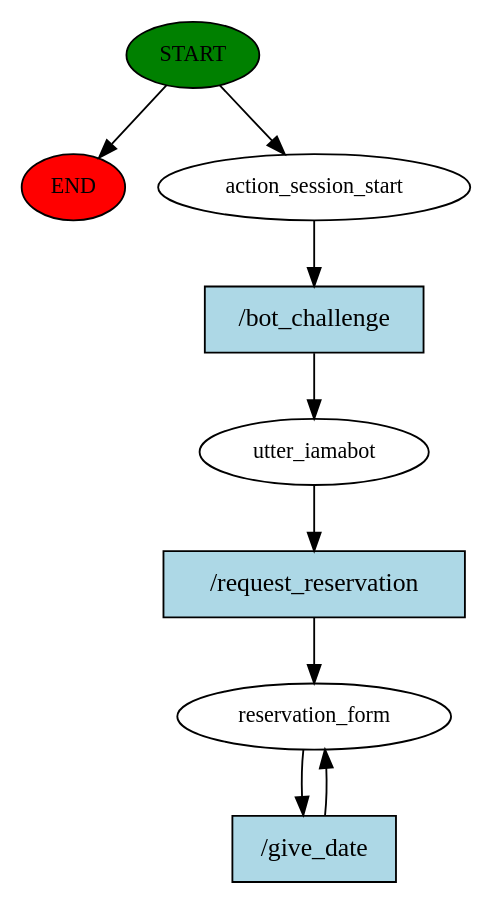
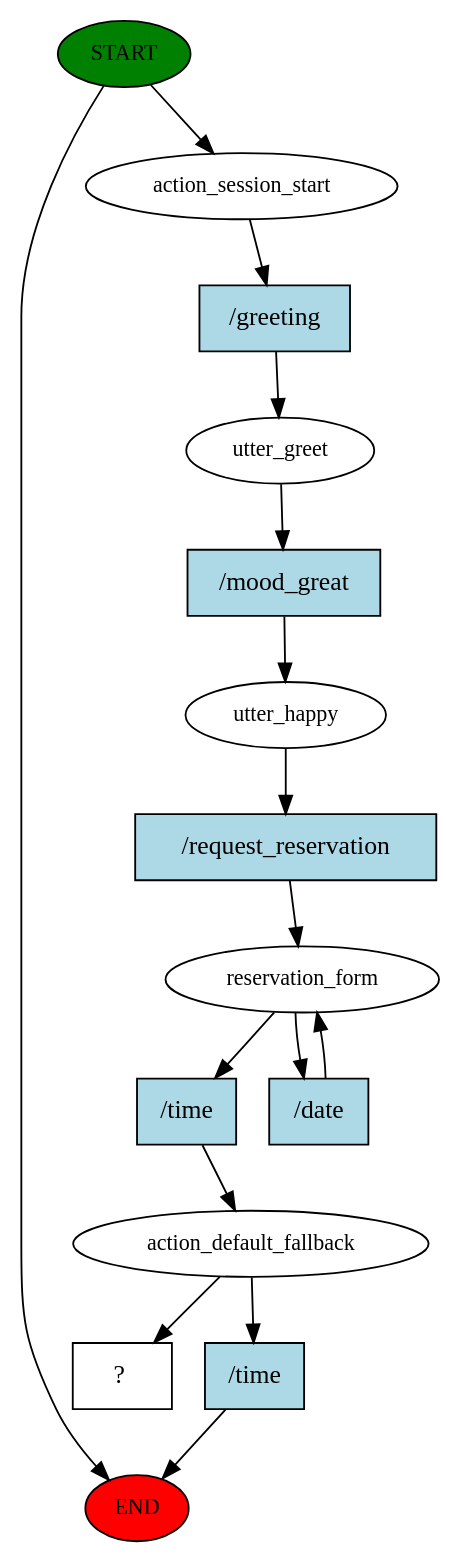
The diagram in story_graph.dot (flx3ntrup/kpis_project), drawn with Graphviz before and after one commit. The commit also changed 160 other files, not shown here.

```diff
--- a/story_graph.dot
+++ b/story_graph.dot
@@ -1,18 +1,31 @@
 digraph  {
 0 [class="start active", fillcolor=green, fontsize=12, label=START, style=filled];
 "-1" [class=end, fillcolor=red, fontsize=12, label=END, style=filled];
 1 [class=active, fontsize=12, label=action_session_start];
-2 [class=active, fontsize=12, label=utter_iamabot];
-3 [class="active dashed", fontsize=12, label=reservation_form];
-5 [class="intent active", fillcolor=lightblue, label="/bot_challenge", shape=rect, style=filled];
-6 [class="intent active", fillcolor=lightblue, label="/request_reservation", shape=rect, style=filled];
-7 [class="intent active", fillcolor=lightblue, label="/give_date", shape=rect, style=filled];
+2 [class=active, fontsize=12, label=utter_greet];
+3 [class=active, fontsize=12, label=utter_happy];
+4 [class=active, fontsize=12, label=reservation_form];
+6 [class=active, fontsize=12, label=action_default_fallback];
+13 [class="intent dashed active", label="  ?  ", shape=rect];
+14 [class="intent active", fillcolor=lightblue, label="/greeting", shape=rect, style=filled];
+15 [class="intent active", fillcolor=lightblue, label="/mood_great", shape=rect, style=filled];
+16 [class="intent active", fillcolor=lightblue, label="/request_reservation", shape=rect, style=filled];
+17 [class="intent active", fillcolor=lightblue, label="/time", shape=rect, style=filled];
+18 [class="intent active", fillcolor=lightblue, label="/date", shape=rect, style=filled];
+19 [class=intent, fillcolor=lightblue, label="/time", shape=rect, style=filled];
 0 -> "-1"  [class="", key=NONE, label=""];
 0 -> 1  [class=active, key=NONE, label=""];
-1 -> 5  [class=active, key=0];
-2 -> 6  [class=active, key=0];
-3 -> 7  [class=active, key=0];
-5 -> 2  [class=active, key=0];
-6 -> 3  [class=active, key=0];
-7 -> 3  [class=active, key=0];
+1 -> 14  [class=active, key=0];
+2 -> 15  [class=active, key=0];
+3 -> 16  [class=active, key=0];
+4 -> 17  [class=active, key=0];
+4 -> 18  [class=active, key=0];
+6 -> 13  [class=active, key=NONE, label=""];
+6 -> 19  [class="", key=0];
+14 -> 2  [class=active, key=0];
+15 -> 3  [class=active, key=0];
+16 -> 4  [class=active, key=0];
+17 -> 6  [class=active, key=0];
+18 -> 4  [class=active, key=0];
+19 -> "-1"  [class="", key=0];
 }
```
